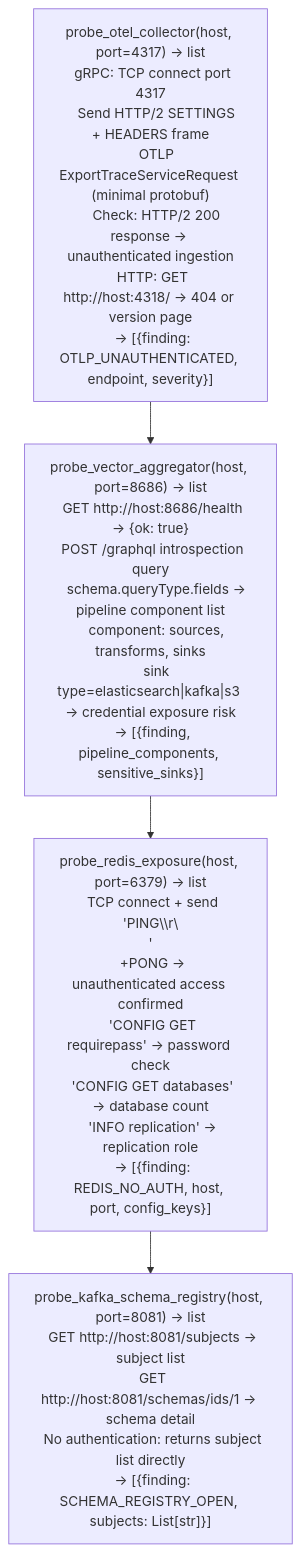
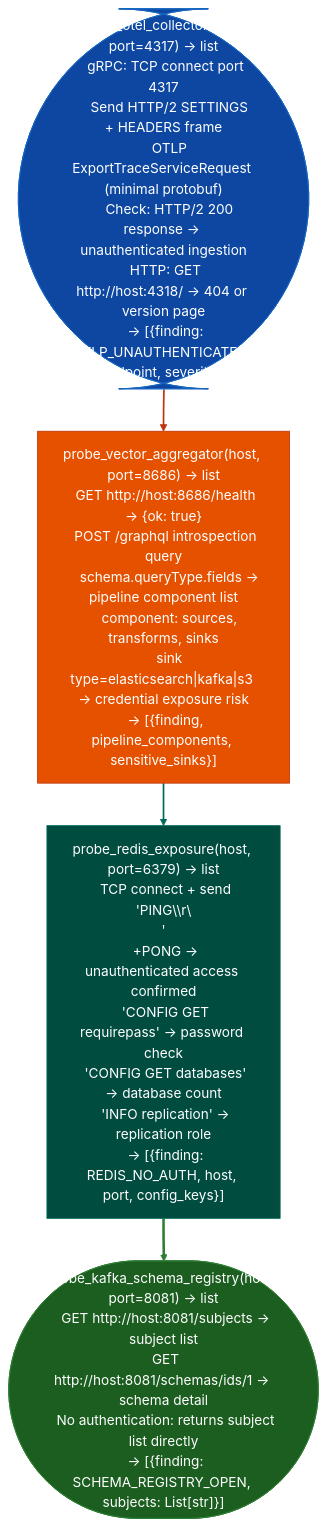
Before and after one commit to Ablation-Tool/ablation: the diagram in docs/reference-modules/observability-exposure.md, drawn with Mermaid. The commit also changed 320 other files, not shown here.

First line of the commit message:
docs: apply canonical Mermaid template to all 321 diagrams

````diff
--- a/docs/reference-modules/observability-exposure.md
+++ b/docs/reference-modules/observability-exposure.md
@@ -19,6 +19,15 @@
 ```mermaid
 flowchart TD
-    A["probe_otel_collector(host, port=4317) → list\n  gRPC: TCP connect port 4317\n    Send HTTP/2 SETTINGS + HEADERS frame\n    OTLP ExportTraceServiceRequest (minimal protobuf)\n    Check: HTTP/2 200 response → unauthenticated ingestion\n  HTTP: GET http://host:4318/ → 404 or version page\n  → [{finding: OTLP_UNAUTHENTICATED, endpoint, severity}]"] --> B["probe_vector_aggregator(host, port=8686) → list\n  GET http://host:8686/health → {ok: true}\n  POST /graphql introspection query\n    schema.queryType.fields → pipeline component list\n    component: sources, transforms, sinks\n    sink type=elasticsearch|kafka|s3 → credential exposure risk\n  → [{finding, pipeline_components, sensitive_sinks}]"]
-    B --> C["probe_redis_exposure(host, port=6379) → list\n  TCP connect + send 'PING\\r\\n'\n  +PONG → unauthenticated access confirmed\n  'CONFIG GET requirepass' → password check\n  'CONFIG GET databases' → database count\n  'INFO replication' → replication role\n  → [{finding: REDIS_NO_AUTH, host, port, config_keys}]"]
-    C --> D["probe_kafka_schema_registry(host, port=8081) → list\n  GET http://host:8081/subjects → subject list\n  GET http://host:8081/schemas/ids/1 → schema detail\n  No authentication: returns subject list directly\n  → [{finding: SCHEMA_REGISTRY_OPEN, subjects: List[str]}]"]
+    A(["probe_otel_collector(host, port=4317) → list\n  gRPC: TCP connect port 4317\n    Send HTTP/2 SETTINGS + HEADERS frame\n    OTLP ExportTraceServiceRequest (minimal protobuf)\n    Check: HTTP/2 200 response → unauthenticated ingestion\n  HTTP: GET http://host:4318/ → 404 or version page\n  → [{finding: OTLP_UNAUTHENTICATED, endpoint, severity}]"]):::input --> B["probe_vector_aggregator(host, port=8686) → list\n  GET http://host:8686/health → {ok: true}\n  POST /graphql introspection query\n    schema.queryType.fields → pipeline component list\n    component: sources, transforms, sinks\n    sink type=elasticsearch|kafka|s3 → credential exposure risk\n  → [{finding, pipeline_components, sensitive_sinks}]"]:::primary
+    B:::primary --> C["probe_redis_exposure(host, port=6379) → list\n  TCP connect + send 'PING\\r\\n'\n  +PONG → unauthenticated access confirmed\n  'CONFIG GET requirepass' → password check\n  'CONFIG GET databases' → database count\n  'INFO replication' → replication role\n  → [{finding: REDIS_NO_AUTH, host, port, config_keys}]"]:::secondary
+    C:::secondary --> D(["probe_kafka_schema_registry(host, port=8081) → list\n  GET http://host:8081/subjects → subject list\n  GET http://host:8081/schemas/ids/1 → schema detail\n  No authentication: returns subject list directly\n  → [{finding: SCHEMA_REGISTRY_OPEN, subjects: List[str]}]"]):::output
+    classDef input     fill:#0d47a1,stroke:#1565c0,color:#fff
+    classDef primary   fill:#e65100,stroke:#bf360c,color:#fff
+    classDef secondary fill:#004d40,stroke:#00695c,color:#fff
+    classDef tertiary  fill:#4a148c,stroke:#6a1b9a,color:#fff
+    classDef neutral   fill:#37474f,stroke:#546e7a,color:#fff
+    classDef output    fill:#1b5e20,stroke:#2e7d32,color:#fff
+    linkStyle 0 stroke:#bf360c,stroke-width:2px
+    linkStyle 1 stroke:#00695c,stroke-width:2px
+    linkStyle 2 stroke:#2e7d32,stroke-width:3px
 ```
````
